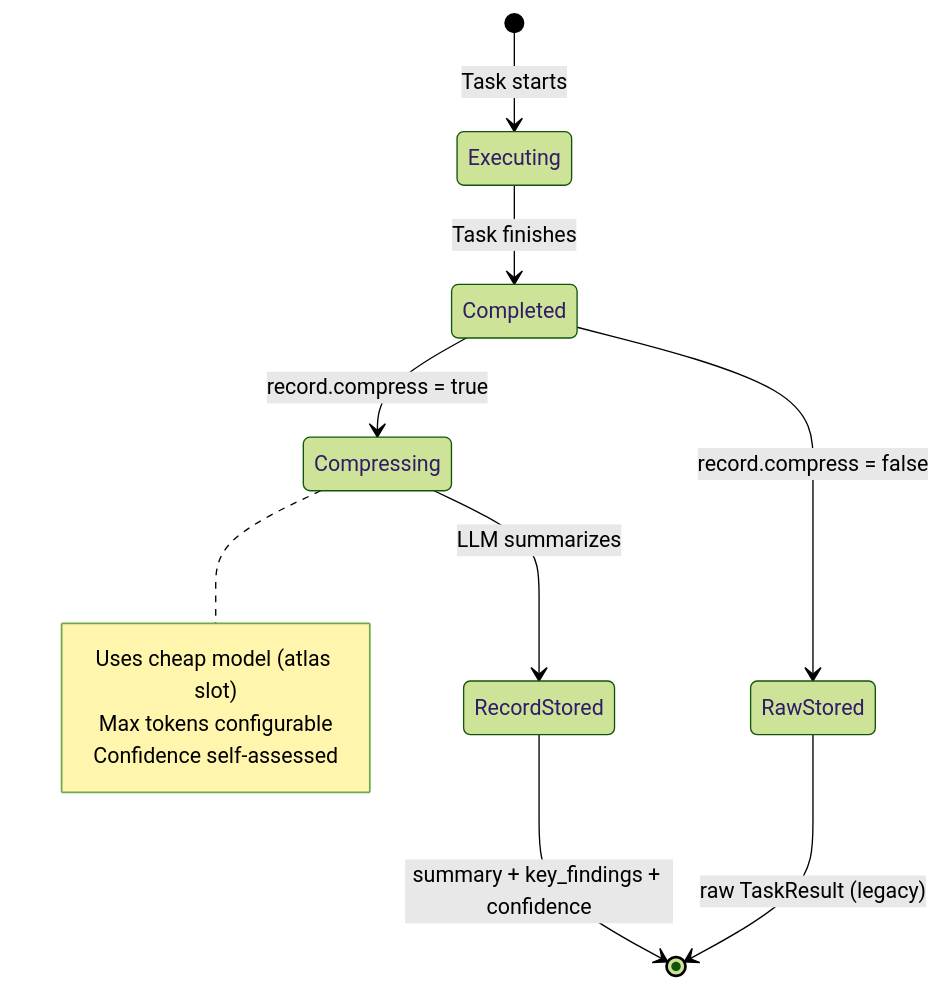
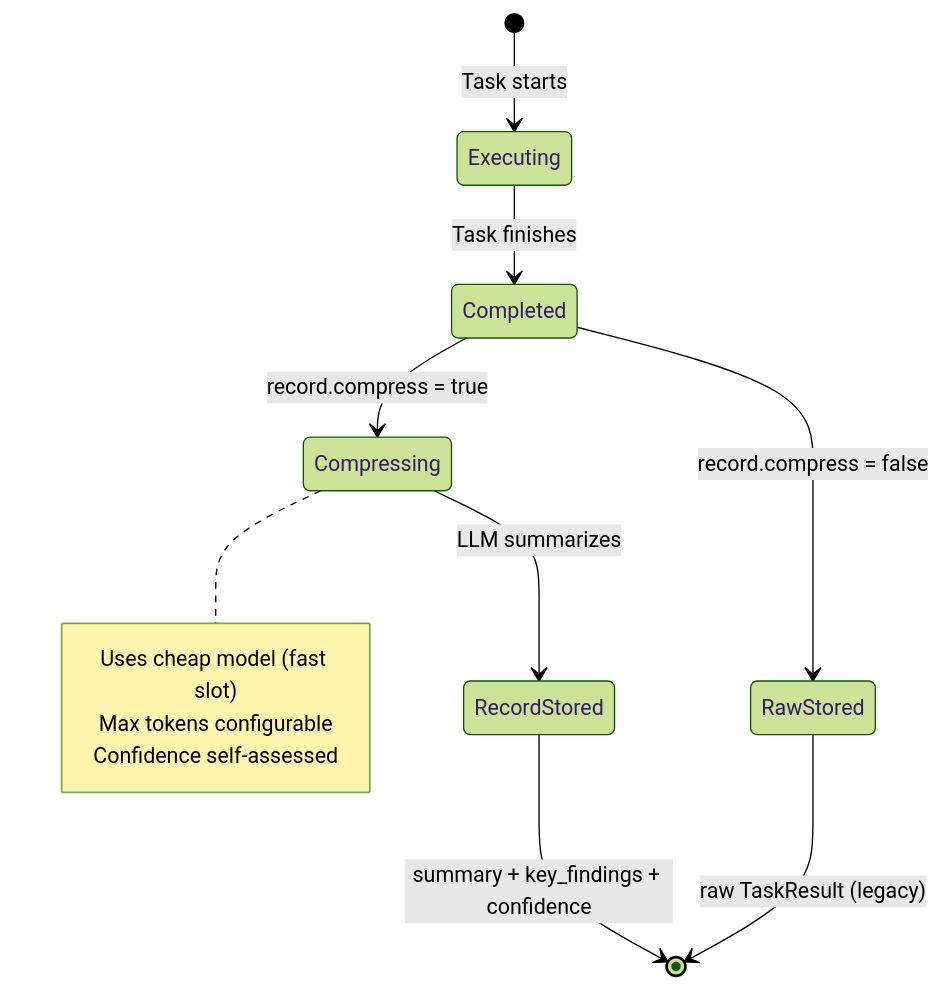
The fourth of 8 diagrams in tools/nika/docs/brainstorm/nika-evolution/05-evolution-roadmap.md (supernovae-st/nika), drawn with Mermaid (forest theme) before and after one commit. The commit also changed other lines of this file and 35 other files, not shown here.

````diff
--- a/tools/nika/docs/brainstorm/nika-evolution/05-evolution-roadmap.md
+++ b/tools/nika/docs/brainstorm/nika-evolution/05-evolution-roadmap.md
@@ -211,17 +220,17 @@
 ```mermaid
 stateDiagram-v2
     [*] --> Executing: Task starts
     Executing --> Completed: Task finishes
     Completed --> Compressing: record.compress = true
     Compressing --> RecordStored: LLM summarizes
     Completed --> RawStored: record.compress = false
 
     RecordStored --> [*]: summary + key_findings + confidence
     RawStored --> [*]: raw TaskResult (legacy)
 
     note right of Compressing
-        Uses cheap model (atlas slot)
+        Uses cheap model (fast slot)
         Max tokens configurable
         Confidence self-assessed
     end note
 ```
````
